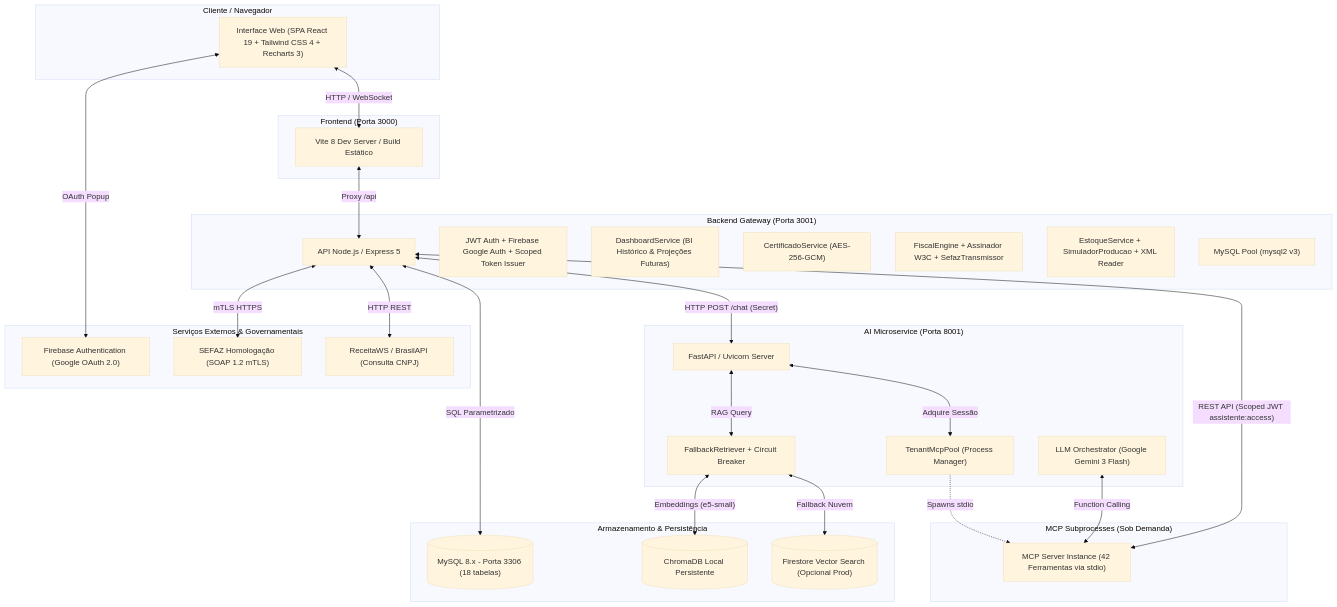
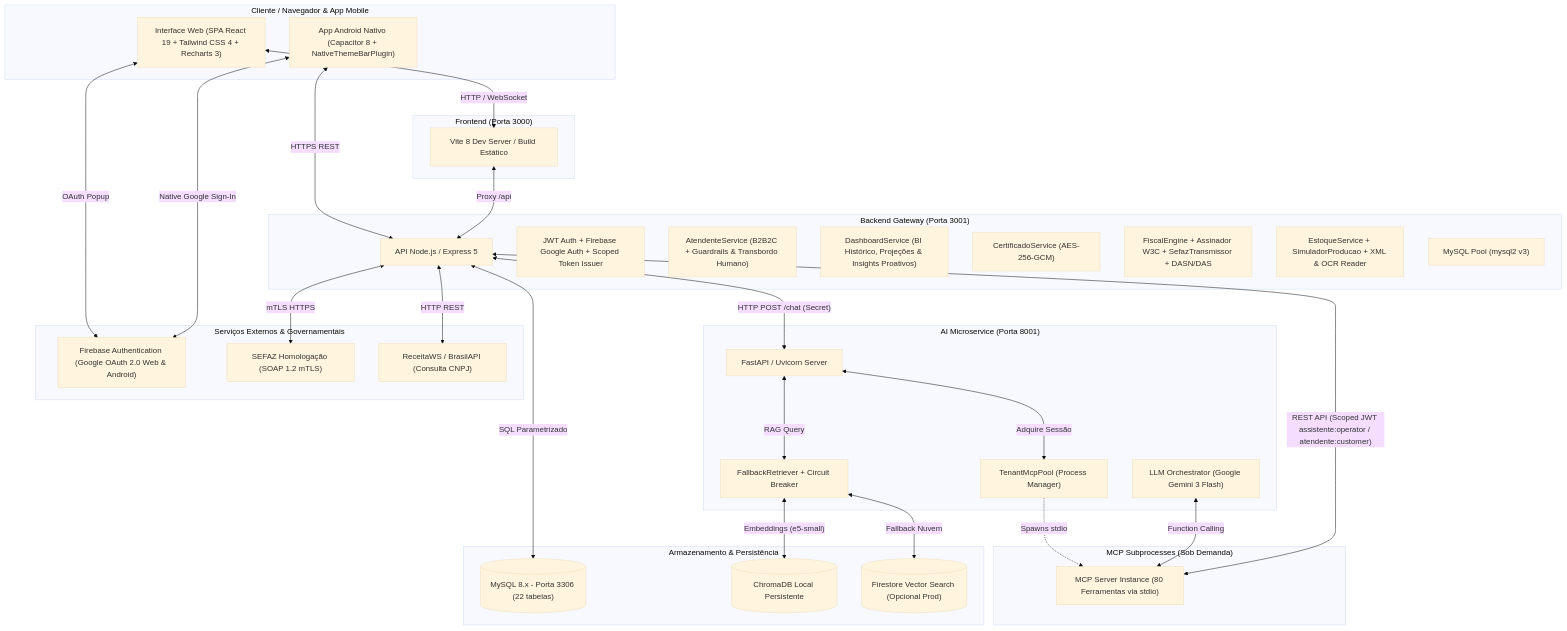
One commit to JoaoVictorOAS/projeto-final-arandue changed the diagram in README.md. Above: the diagram before and after it, drawn with Mermaid (base theme). The commit also changed other lines of this file, not shown here.

````diff
--- a/README.md
+++ b/README.md
@@ -92,60 +110,64 @@
 ```mermaid
 flowchart TD
-    subgraph Client["Cliente / Navegador"]
+    subgraph Client["Cliente / Navegador & App Mobile"]
         Browser["Interface Web (SPA React 19 + Tailwind CSS 4 + Recharts 3)"]
+        AndroidApp["App Android Nativo (Capacitor 8 + NativeThemeBarPlugin)"]
     end
 
     subgraph FrontendServer["Frontend (Porta 3000)"]
         Vite["Vite 8 Dev Server / Build Estático"]
     end
 
     subgraph BackendGateway["Backend Gateway (Porta 3001)"]
         Express["API Node.js / Express 5"]
         AuthMid["JWT Auth + Firebase Google Auth + Scoped Token Issuer"]
-        DashEng["DashboardService (BI Histórico & Projeções Futuras)"]
+        AtendEng["AtendenteService (B2B2C + Guardrails & Transbordo Humano)"]
+        DashEng["DashboardService (BI Histórico, Projeções & Insights Proativos)"]
         CertSec["CertificadoService (AES-256-GCM)"]
-        FiscalEng["FiscalEngine + Assinador W3C + SefazTransmissor"]
-        StockEng["EstoqueService + SimuladorProducao + XML Reader"]
+        FiscalEng["FiscalEngine + Assinador W3C + SefazTransmissor + DASN/DAS"]
+        StockEng["EstoqueService + SimuladorProducao + XML & OCR Reader"]
         DBPool["MySQL Pool (mysql2 v3)"]
     end
 
     subgraph AIService["AI Microservice (Porta 8001)"]
         FastAPI["FastAPI / Uvicorn Server"]
         Orchestrator["LLM Orchestrator (Google Gemini 3 Flash)"]
         Retriever["FallbackRetriever + Circuit Breaker"]
         McpPool["TenantMcpPool (Process Manager)"]
     end
 
     subgraph MCPServer["MCP Subprocesses (Sob Demanda)"]
-        TenantMCP["MCP Server Instance (42 Ferramentas via stdio)"]
+        TenantMCP["MCP Server Instance (80 Ferramentas via stdio)"]
     end
 
     subgraph ExternalServices["Serviços Externos & Governamentais"]
-        FirebaseAuth["Firebase Authentication (Google OAuth 2.0)"]
+        FirebaseAuth["Firebase Authentication (Google OAuth 2.0 Web & Android)"]
         SEFAZ["SEFAZ Homologação (SOAP 1.2 mTLS)"]
         ReceitaWS["ReceitaWS / BrasilAPI (Consulta CNPJ)"]
     end
 
     subgraph Storage["Armazenamento & Persistência"]
-        MySQL[("MySQL 8.x - Porta 3306 (18 tabelas)")]
+        MySQL[("MySQL 8.x - Porta 3306 (22 tabelas)")]
         Chroma[("ChromaDB Local Persistente")]
         Firestore[("Firestore Vector Search (Opcional Prod)")]
     end
 
     Browser <-->|"OAuth Popup"| FirebaseAuth
+    AndroidApp <-->|"Native Google Sign-In"| FirebaseAuth
     Browser <-->|"HTTP / WebSocket"| Vite
+    AndroidApp <-->|"HTTPS REST"| Express
     Vite <-->|"Proxy /api"| Express
     Express <-->|"SQL Parametrizado"| MySQL
     Express <-->|"mTLS HTTPS"| SEFAZ
     Express <-->|"HTTP REST"| ReceitaWS
     Express <-->|"HTTP POST /chat (Secret)"| FastAPI
 
     FastAPI <-->|"RAG Query"| Retriever
     Retriever <-->|"Embeddings (e5-small)"| Chroma
     Retriever <-->|"Fallback Nuvem"| Firestore
 
     FastAPI <-->|"Adquire Sessão"| McpPool
     McpPool -.->|"Spawns stdio"| TenantMCP
-    TenantMCP <-->|"REST API (Scoped JWT assistente:access)"| Express
+    TenantMCP <-->|"REST API (Scoped JWT assistente:operator / atendente:customer)"| Express
     Orchestrator <-->|"Function Calling"| TenantMCP
 ```
````
